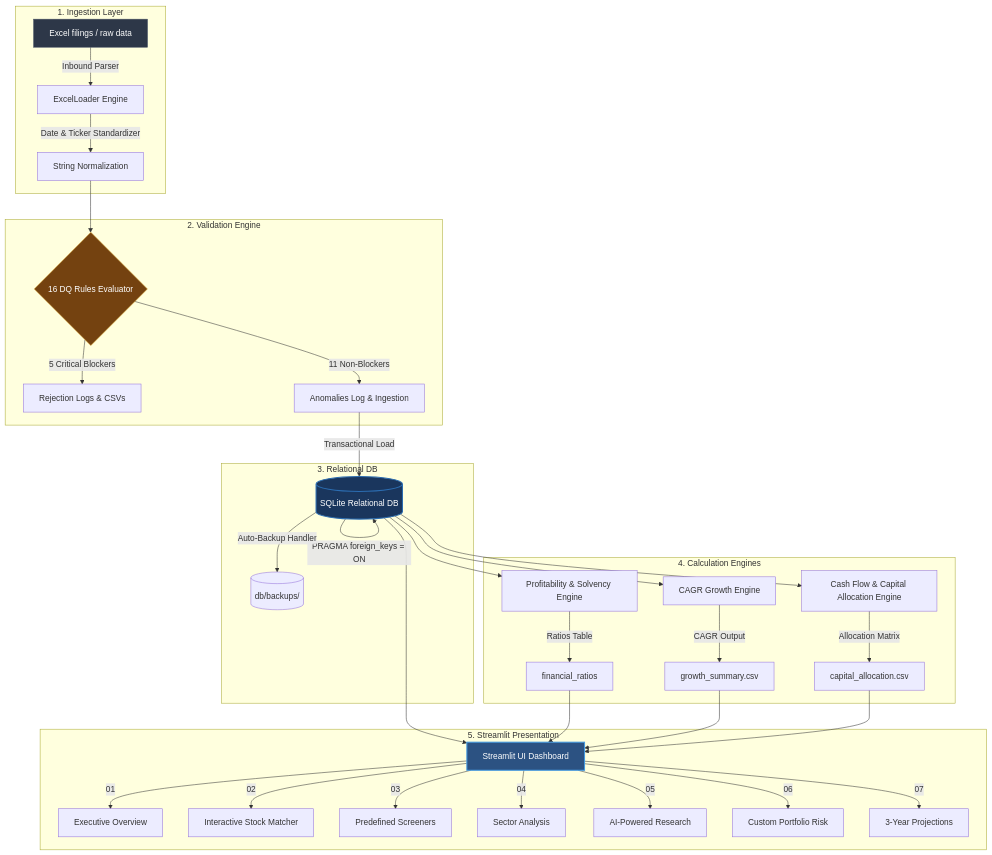
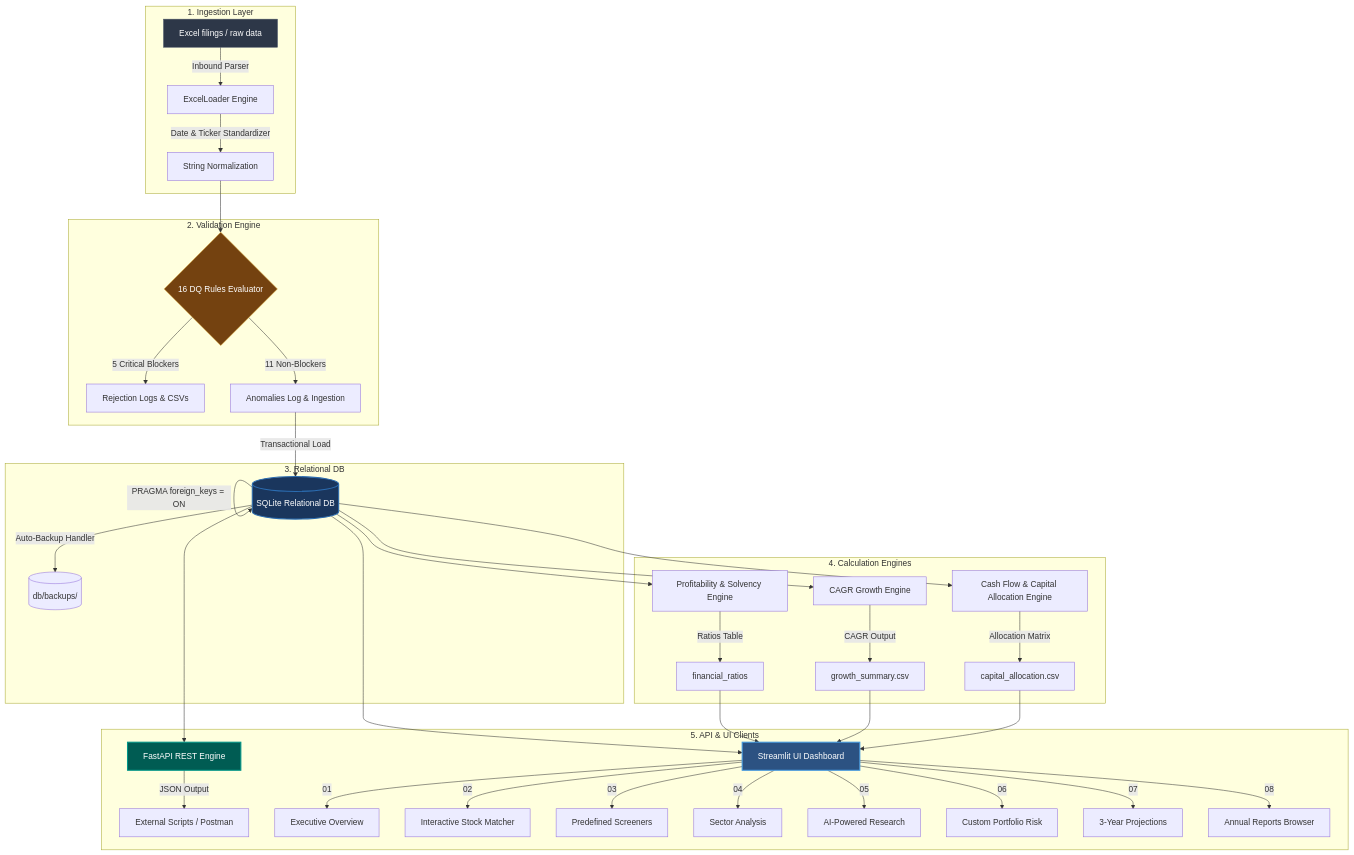
One commit to krishnavasnani07/n100-financial-intelligence-platform changed the diagram in README.md. Above: the diagram before and after it, drawn with Mermaid. The commit also changed other lines of this file and 1 other file, not shown here.

Commit message:
docs: restructure and revamp README.md with Day 43 performance results and API documentation

````diff
--- a/README.md
+++ b/README.md
@@ -81,47 +132,51 @@
 ```mermaid
 flowchart TD
     subgraph Ingestion Layer [1. Ingestion Layer]
         A[Excel filings / raw data] -->|Inbound Parser| B[ExcelLoader Engine]
         B -->|Date & Ticker Standardizer| C[String Normalization]
     end
 
     subgraph Data Quality Suite [2. Validation Engine]
         C --> D{16 DQ Rules Evaluator}
         D -->|5 Critical Blockers| E[Rejection Logs & CSVs]
         D -->|11 Non-Blockers| F[Anomalies Log & Ingestion]
     end
 
     subgraph Relational Database [3. Relational DB]
         F -->|Transactional Load| G[(SQLite Relational DB)]
         G -->|PRAGMA foreign_keys = ON| G
         G -->|Auto-Backup Handler| H[(db/backups/)]
     end
 
     subgraph Analytical Engines [4. Calculation Engines]
         G --> I[Profitability & Solvency Engine]
         G --> J[CAGR Growth Engine]
         G --> K[Cash Flow & Capital Allocation Engine]
         I -->|Ratios Table| L[financial_ratios]
         J -->|CAGR Output| M[growth_summary.csv]
         K -->|Allocation Matrix| N[capital_allocation.csv]
     end
 
-    subgraph Dashboard UI [5. Streamlit Presentation]
+    subgraph API & UI Clients [5. API & UI Clients]
         G --> O[Streamlit UI Dashboard]
+        G --> P[FastAPI REST Engine]
         L --> O
         M --> O
         N --> O
+        P -->|JSON Output| Q[External Scripts / Postman]
         O -->|01| O1[Executive Overview]
         O -->|02| O2[Interactive Stock Matcher]
         O -->|03| O3[Predefined Screeners]
         O -->|04| O4[Sector Analysis]
         O -->|05| O5[AI-Powered Research]
         O -->|06| O6[Custom Portfolio Risk]
         O -->|07| O7[3-Year Projections]
+        O -->|08| O8[Annual Reports Browser]
     end
 
     style A fill:#2d3748,stroke:#4a5568,stroke-width:1px,color:#fff
     style G fill:#1a365d,stroke:#2b6cb0,stroke-width:2px,color:#fff
     style O fill:#2c5282,stroke:#4299e1,stroke-width:2px,color:#fff
+    style P fill:#005c53,stroke:#009688,stroke-width:2px,color:#fff
     style D fill:#744210,stroke:#d69e2e,stroke-width:1px,color:#fff
 ```
````
